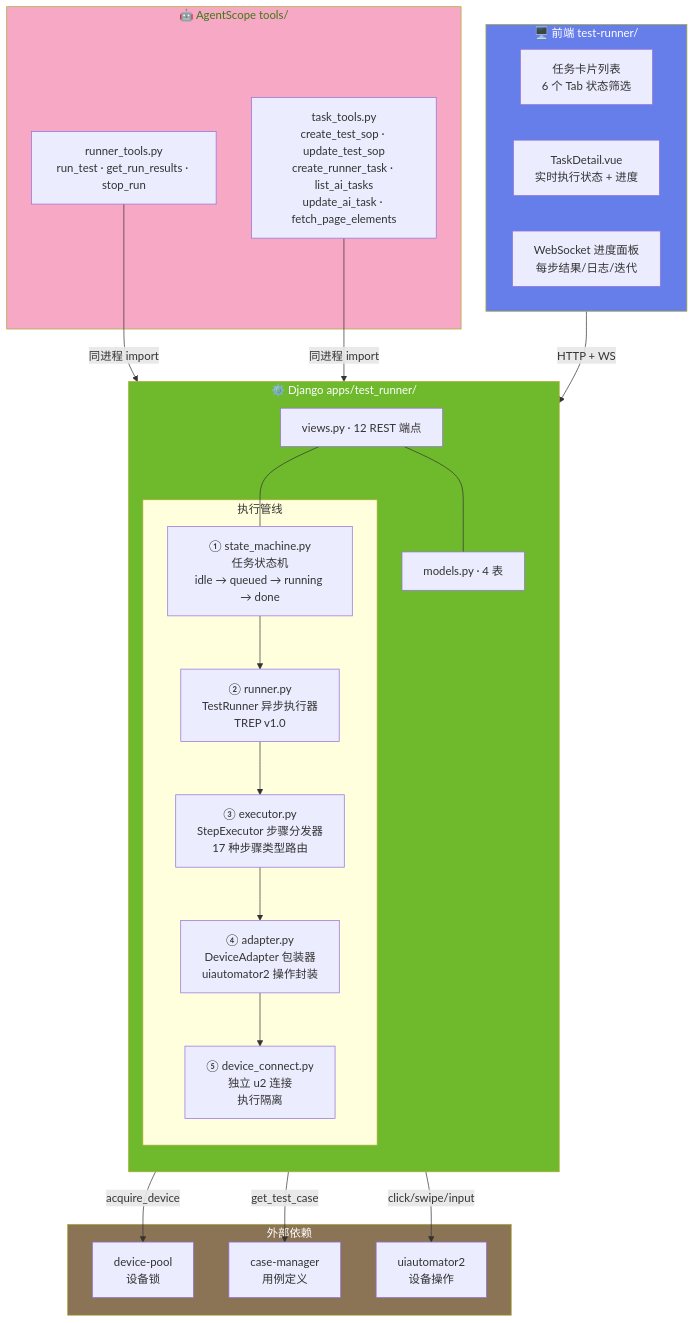
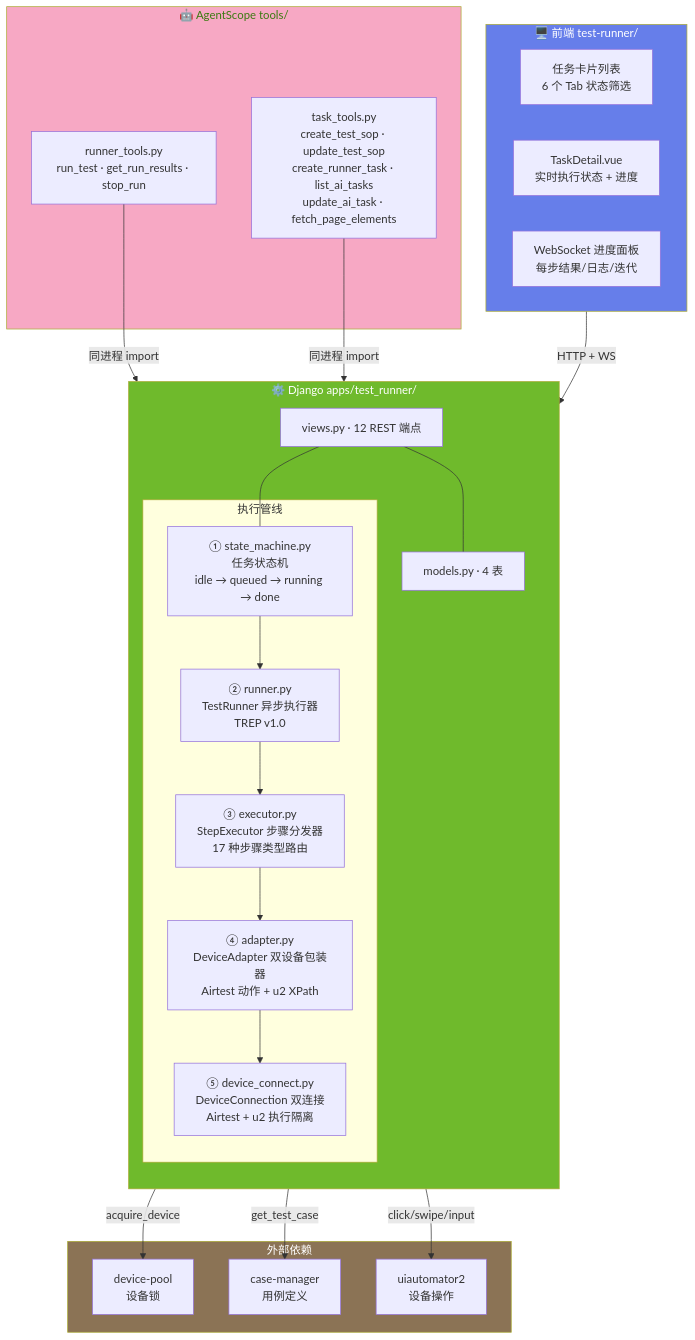
Before and after one commit to Kahoku-lazy/Android-AutoTests: the first of 4 diagrams in dev_docs/03-设计与架构/ARCH-04-执行引擎.md, drawn with Mermaid. The commit also changed other lines of this file and 201 other files, not shown here.

````diff
--- a/dev_docs/03-设计与架构/ARCH-04-执行引擎.md
+++ b/dev_docs/03-设计与架构/ARCH-04-执行引擎.md
@@ -22,51 +22,51 @@
 ```mermaid
 flowchart TB
     subgraph Frontend_TR["🖥️ 前端 test-runner/"]
         TaskCards["任务卡片列表<br/>6 个 Tab 状态筛选"]
         TaskDetail["TaskDetail.vue<br/>实时执行状态 + 进度"]
         Progress["WebSocket 进度面板<br/>每步结果/日志/迭代"]
     end
 
     subgraph Django_TR["⚙️ Django apps/test_runner/"]
         direction TB
         
         Views["views.py · 12 REST 端点"]
         
         subgraph Pipeline["执行管线"]
             SM["① state_machine.py<br/>任务状态机<br/>idle → queued → running → done"]
             Runner["② runner.py<br/>TestRunner 异步执行器<br/>TREP v1.0"]
             Executor["③ executor.py<br/>StepExecutor 步骤分发器<br/>17 种步骤类型路由"]
-            Adapter["④ adapter.py<br/>DeviceAdapter 包装器<br/>uiautomator2 操作封装"]
-            DC["⑤ device_connect.py<br/>独立 u2 连接<br/>执行隔离"]
+            Adapter["④ adapter.py<br/>DeviceAdapter 双设备包装器<br/>Airtest 动作 + u2 XPath"]
+            DC["⑤ device_connect.py<br/>DeviceConnection 双连接<br/>Airtest + u2 执行隔离"]
             
             SM --> Runner --> Executor --> Adapter --> DC
         end
         
         Models["models.py · 4 表"]
         Views --- SM
         Views --- Models
     end
 
     subgraph AgentScope_TR["🤖 AgentScope tools/"]
         RunnerTools["runner_tools.py<br/>run_test · get_run_results · stop_run"]
         TaskTools["task_tools.py<br/>create_test_sop · update_test_sop<br/>create_runner_task · list_ai_tasks<br/>update_ai_task · fetch_page_elements"]
     end
 
     subgraph External_TR["外部依赖"]
         DP["device-pool<br/>设备锁"]
         CM["case-manager<br/>用例定义"]
         U2["uiautomator2<br/>设备操作"]
     end
 
     Frontend_TR -->|"HTTP + WS"| Views
     RunnerTools -->|"同进程 import"| Views
     TaskTools -->|"同进程 import"| Views
     Runner -->|"acquire_device"| DP
     Runner -->|"get_test_case"| CM
     Adapter -->|"click/swipe/input"| U2
 
     style Frontend_TR fill:#667eea,color:#fff
     style Django_TR fill:#6fba2c,color:#fff
     style AgentScope_TR fill:#f7a8c4,color:#3a7a10
     style External_TR fill:#8b7355,color:#fff
 ```
````
